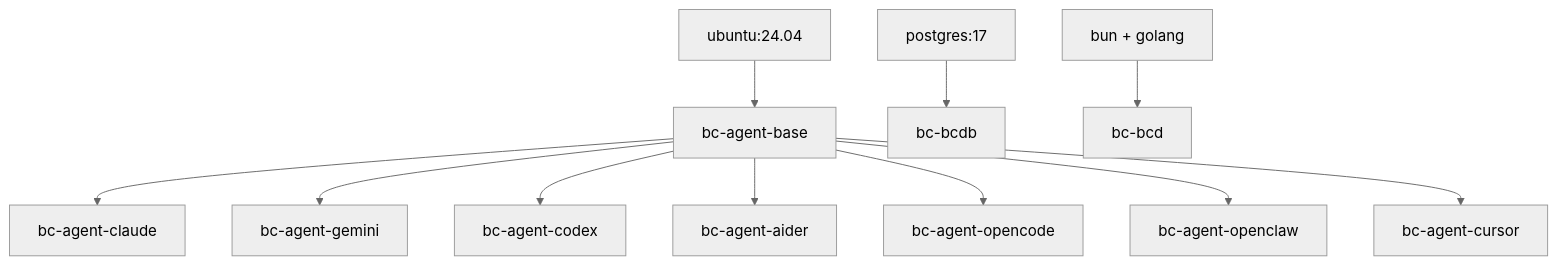
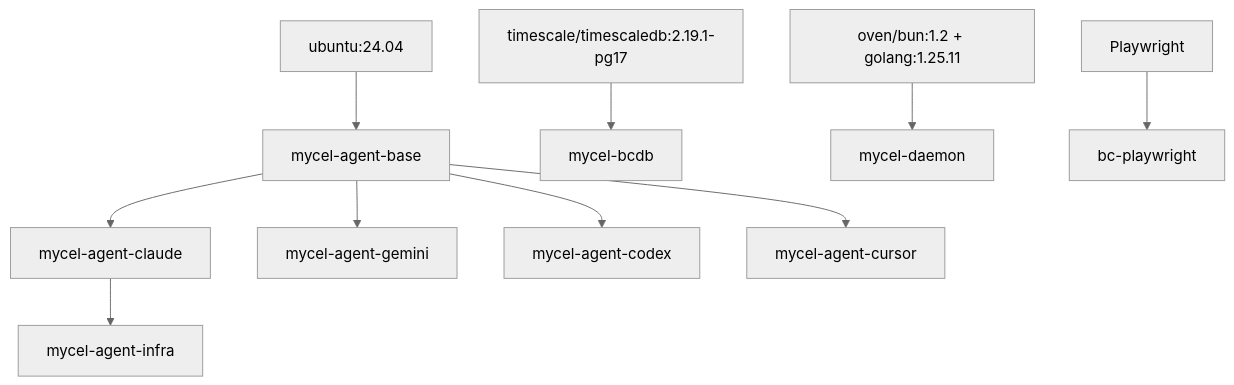
The second of 3 diagrams in docs/explanation/deployment.md (rpuneet/bc), drawn with Mermaid (neutral theme) before and after one commit. The commit also changed other lines of this file and 4 other files, not shown here.

First line of the commit message:
docs(architecture): rewrite web-ui, tui, database, deployment, architecture from source (#3251 part A)

````diff
--- a/docs/explanation/deployment.md
+++ b/docs/explanation/deployment.md
@@ -47,14 +46,13 @@
 ```mermaid
 graph TD
-    U[ubuntu:24.04] --> BASE[bc-agent-base]
-    BASE --> CLAUDE[bc-agent-claude]
-    BASE --> GEMINI[bc-agent-gemini]
-    BASE --> CODEX[bc-agent-codex]
-    BASE --> AIDER[bc-agent-aider]
-    BASE --> OPENCODE[bc-agent-opencode]
-    BASE --> OPENCLAW[bc-agent-openclaw]
-    BASE --> CURSOR[bc-agent-cursor]
+    U[ubuntu:24.04] --> BASE[mycel-agent-base]
+    BASE --> CLAUDE[mycel-agent-claude]
+    BASE --> GEMINI[mycel-agent-gemini]
+    BASE --> CODEX[mycel-agent-codex]
+    BASE --> CURSOR[mycel-agent-cursor]
+    CLAUDE --> INFRA[mycel-agent-infra]
 
-    PG[postgres:17] --> BCDB[bc-bcdb]
-    BUN[bun + golang] --> BCD[bc-bcd]
+    TS[timescale/timescaledb:2.19.1-pg17] --> BCDB[mycel-bcdb]
+    BUILD[oven/bun:1.2 + golang:1.25.11] --> DAEMON[mycel-daemon]
+    PW[Playwright] --> PWI[bc-playwright]
 ```
````
